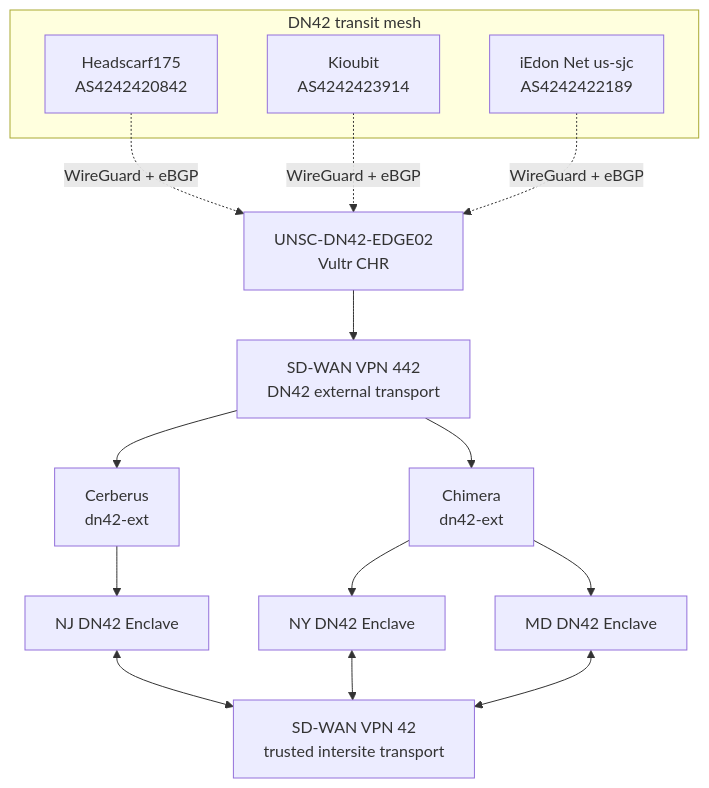
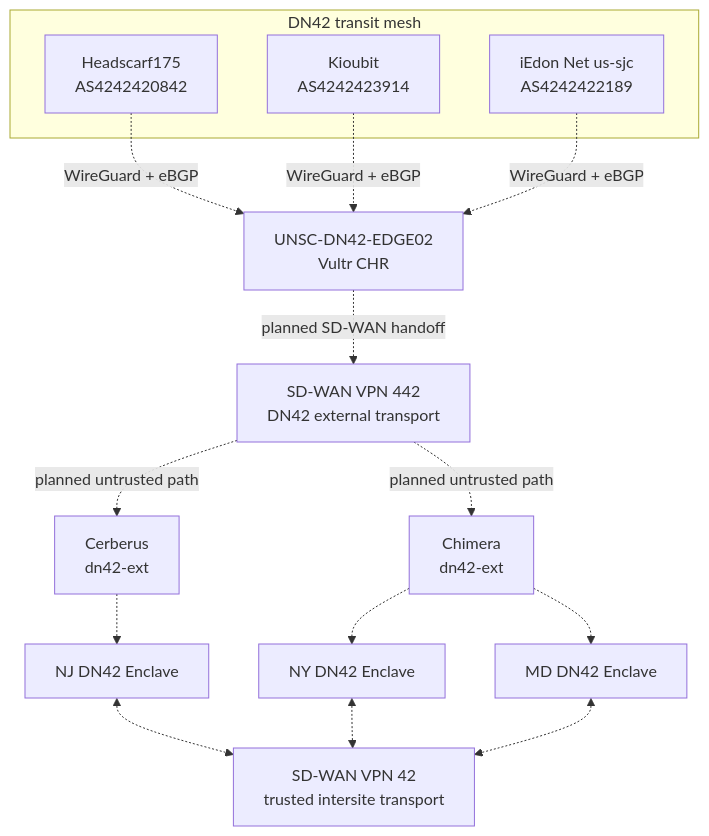
Before and after one commit to ksmoove21/unsc-dn42: the diagram in docs/network-architecture.md, drawn with Mermaid. The commit also changed other lines of this file, not shown here.

Commit message:
docs: align DN42 network architecture with live state

````diff
--- a/docs/network-architecture.md
+++ b/docs/network-architecture.md
@@ -11,29 +11,29 @@
 ```mermaid
 flowchart TB
   subgraph mesh["DN42 transit mesh"]
     H["Headscarf175\nAS4242420842"]
     K["Kioubit\nAS4242423914"]
     I["iEdon Net us-sjc\nAS4242422189"]
   end
   E["UNSC-DN42-EDGE02\nVultr CHR"]
   S442["SD-WAN VPN 442\nDN42 external transport"]
   S42["SD-WAN VPN 42\ntrusted intersite transport"]
   CBR["Cerberus\ndn42-ext"]
   CHM["Chimera\ndn42-ext"]
   ENY["NY DN42 Enclave"]
   ENJ["NJ DN42 Enclave"]
   EMD["MD DN42 Enclave"]
 
   H -. "WireGuard + eBGP" .-> E
   K -. "WireGuard + eBGP" .-> E
   I -. "WireGuard + eBGP" .-> E
-  E --> S442
-  S442 --> CBR
-  S442 --> CHM
-  CBR --> ENJ
-  CHM --> ENY
-  CHM --> EMD
-  ENY <--> S42
-  ENJ <--> S42
-  EMD <--> S42
+  E -. "planned SD-WAN handoff" .-> S442
+  S442 -. "planned untrusted path" .-> CBR
+  S442 -. "planned untrusted path" .-> CHM
+  CBR -.-> ENJ
+  CHM -.-> ENY
+  CHM -.-> EMD
+  ENY <-.-> S42
+  ENJ <-.-> S42
+  EMD <-.-> S42
 ```
````
